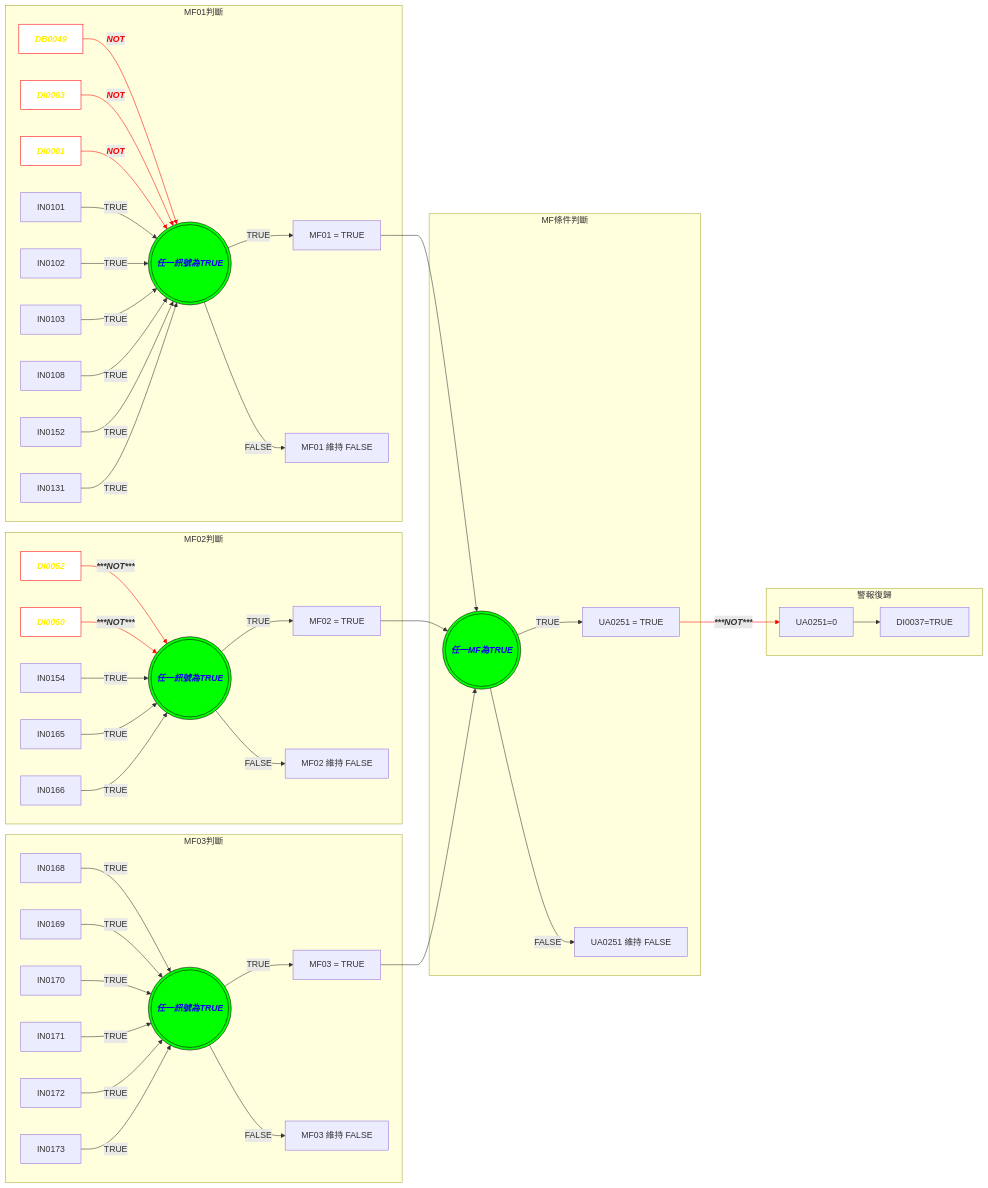
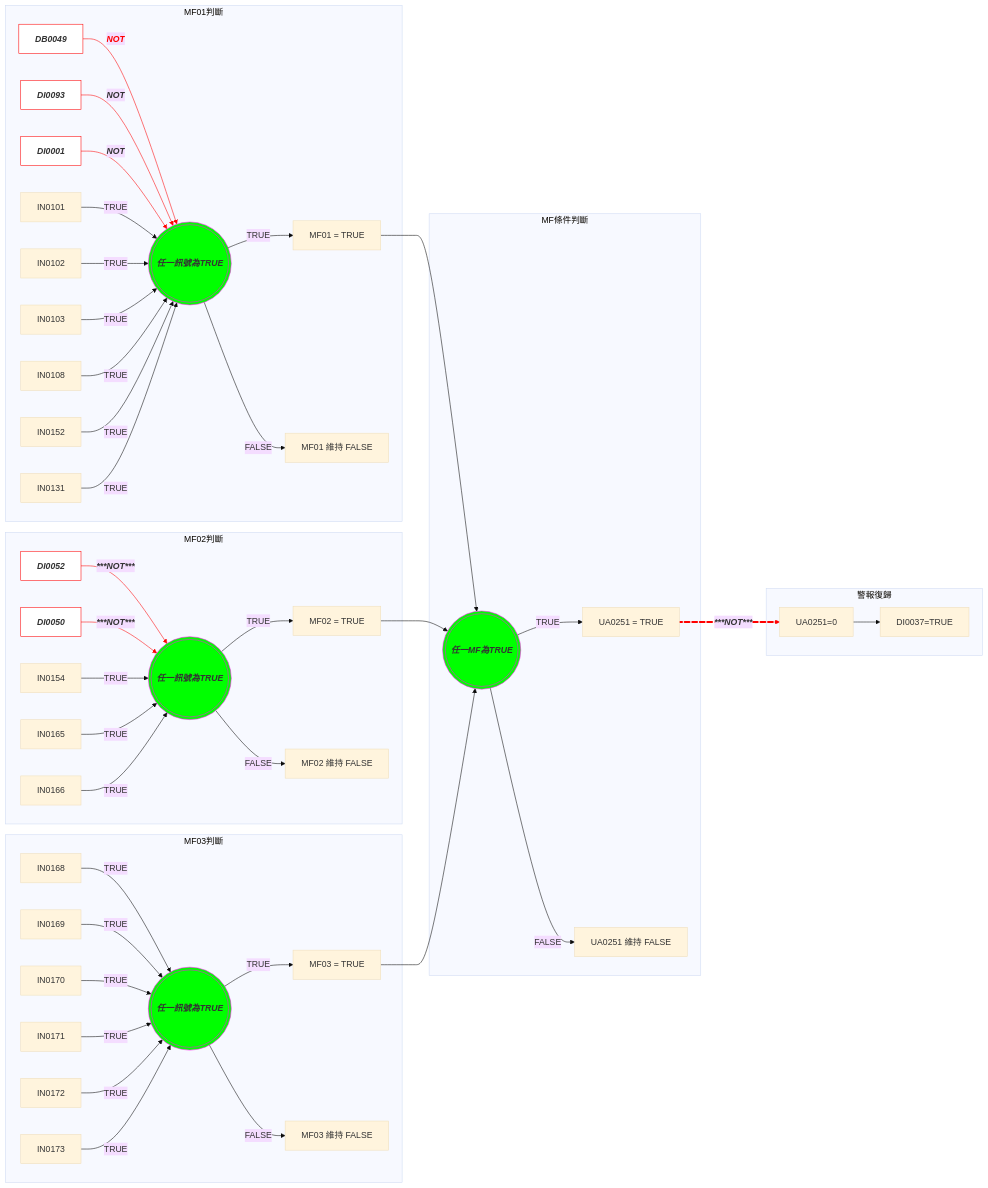
Before and after one commit to HachiTsai/DCS-learning: the diagram in docs/DCS/Hitachi/Control-logic-mermaid.md, drawn with Mermaid. The commit also changed other lines of this file and 1 other file, not shown here.

````diff
--- a/docs/DCS/Hitachi/Control-logic-mermaid.md
+++ b/docs/DCS/Hitachi/Control-logic-mermaid.md
@@ -5,67 +5,69 @@
 ```mermaid
+%%{init:{ "theme":"base" }}%%
 flowchart LR
-classDef redBold fill:#fff,stroke:red, font-weight:bold,font-style:italic, color: #fff000
-classDef GreenBold fill:#0f0,stroke:black,font-weight:bold,font-style:italic, color: #0f00f0
     subgraph MF01判斷
+    classDef redBold fill:#fff,stroke:red, font-weight:bold,font-style:italic
+    classDef GreenBold fill:#0f0,stroke: #ff0ff0,font-weight:bold,font-style:italic
         A1[DB0049] -->|<font color='red'>NOT</font>| C1(((任一訊號為TRUE)))
         B1[DI0093] -->|NOT| C1
         D1[DI0001] -->|NOT| C1 
 
         G1[IN0101] -->|TRUE| C1
         H1[IN0102] -->|TRUE| C1
         I1[IN0103] -->|TRUE| C1
         L1[IN0108] -->|TRUE| C1
         J1[IN0152] -->|TRUE| C1
         K1[IN0131] -->|TRUE| C1
         C1 -->|TRUE| E1[MF01 = TRUE]
         C1 -->|FALSE| F1[MF01 維持 FALSE]
         
         class A1,B1,D1 redBold
         class C1 GreenBold
 
-            linkStyle 0,1,2 stroke:red,font-style:italic, font-weight:bold, color:red
+            linkStyle 0,1,2 stroke:red,font-style:italic, font-weight:bold
     end
 
     subgraph MF02判斷
         A2[DI0052] -->|***NOT***| C2     
         B2[DI0050] -->|***NOT***| C2
         linkStyle 11,12 stroke:red,font-style:italic, font-weight:bold
         
         G2[IN0154] -->|TRUE| C2
         H2[IN0165] -->|TRUE| C2
         I2[IN0166] -->|TRUE| C2
         C2(((任一訊號為TRUE))) -->|TRUE| E2[MF02 = TRUE]
         C2 -->|FALSE| F2[MF02 維持 FALSE]
 
         class C2 GreenBold
         class A2,B2 redBold
     end
 
     subgraph MF03判斷
         A3[IN0168] -->|TRUE| C3
         B3[IN0169] -->|TRUE| C3
         D3[IN0170] -->|TRUE| C3
         G3[IN0171] -->|TRUE| C3
         H3[IN0172] -->|TRUE| C3
         I3[IN0173] -->|TRUE| C3
         C3(((任一訊號為TRUE))) -->|TRUE| E3[MF03 = TRUE]
         C3 -->|FALSE| F3[MF03 維持 FALSE]
         class C3 GreenBold
     end
 
     subgraph MF條件判斷
         E1 --> C4(((任一MF為TRUE)))
         E2 --> C4
         E3 --> C4
         C4 -->|TRUE| K4[UA0251 = TRUE]
         C4 -->|FALSE| K5[UA0251 維持 FALSE]
         class C4 GreenBold
     end
 
     subgraph 警報復歸
-        K4 -->|***NOT***| B4[UA0251=0]
+        K4 z31@==>|***NOT***| B4[UA0251=0]
+           z31@{ animate: true}
         B4 --> B10[DI0037=TRUE]
         
         linkStyle 31 stroke:red,font-style:italic, font-weight:bold 
     end
 ```
````
